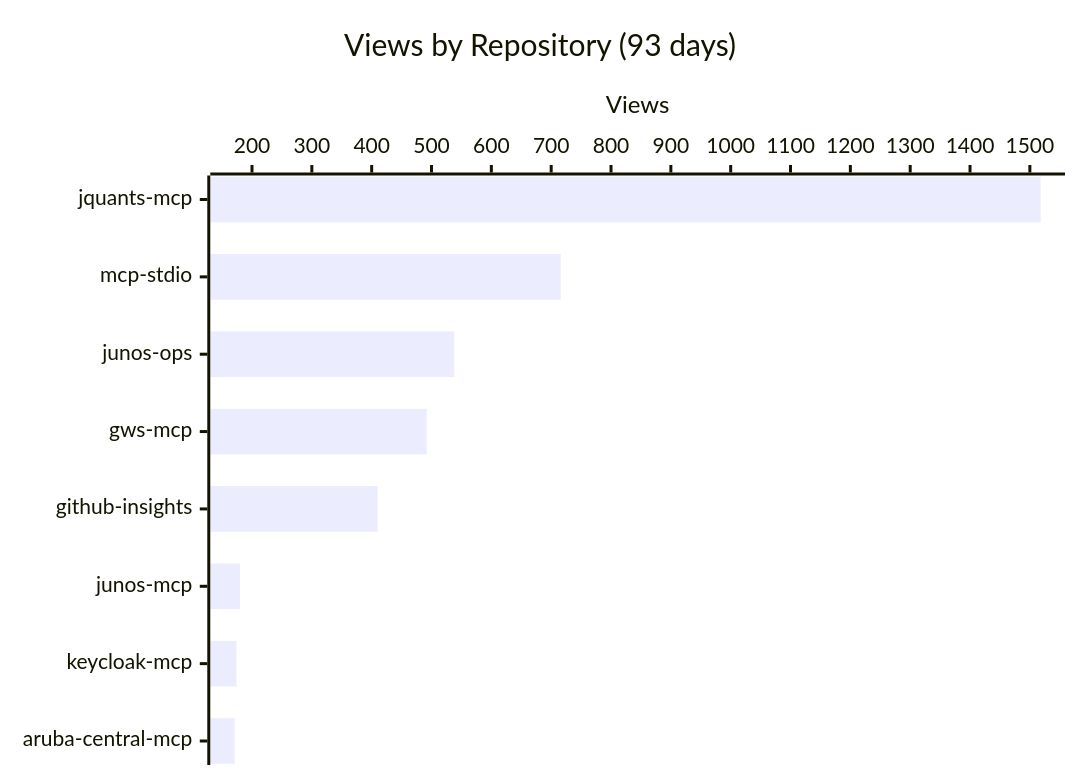
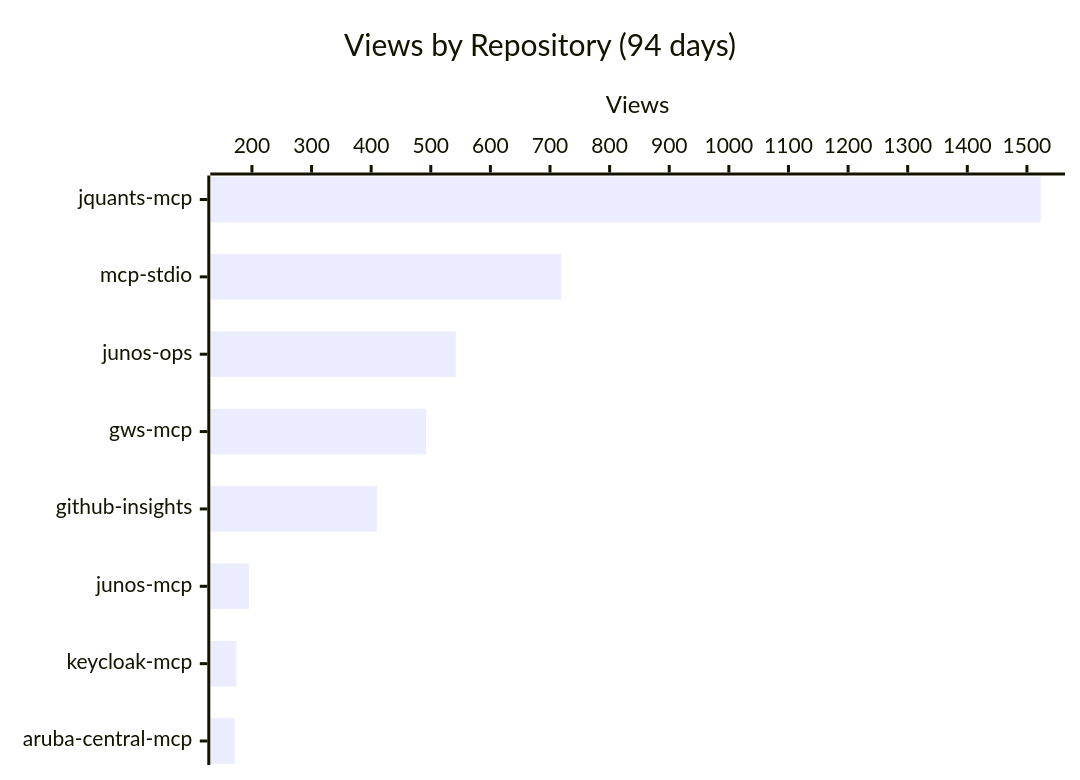
Before and after one commit to shigechika/github-insights: the first of 3 diagrams in README.md, drawn with Mermaid. The commit also changed other lines of this file and 2 other files, not shown here.

````diff
--- a/README.md
+++ b/README.md
@@ -18,7 +18,7 @@
 ```mermaid
 xychart-beta horizontal
-    title "Views by Repository (93 days)"
+    title "Views by Repository (94 days)"
     x-axis ["jquants-mcp", "mcp-stdio", "junos-ops", "gws-mcp", "github-insights", "junos-mcp", "keycloak-mcp", "aruba-central-mcp"]
     y-axis "Views"
-    bar [1518, 716, 538, 492, 410, 180, 174, 171]
+    bar [1523, 719, 542, 492, 410, 195, 174, 171]
 ```
````
